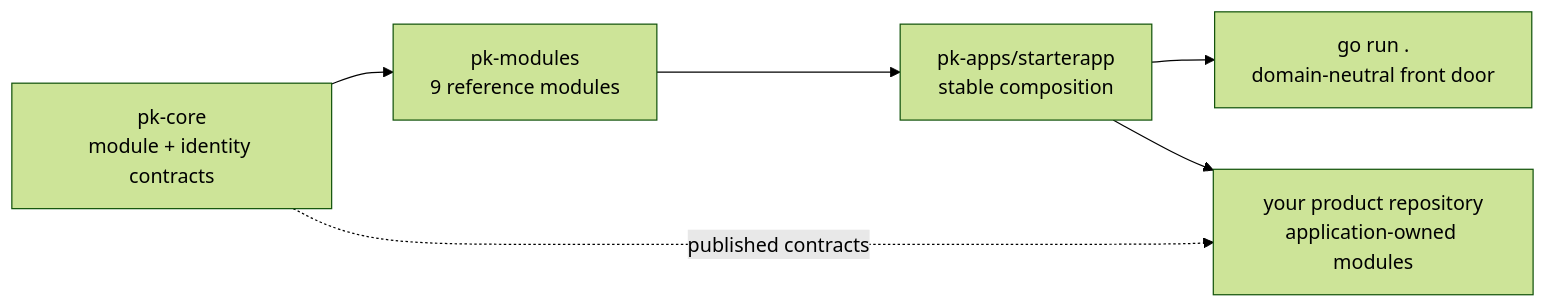
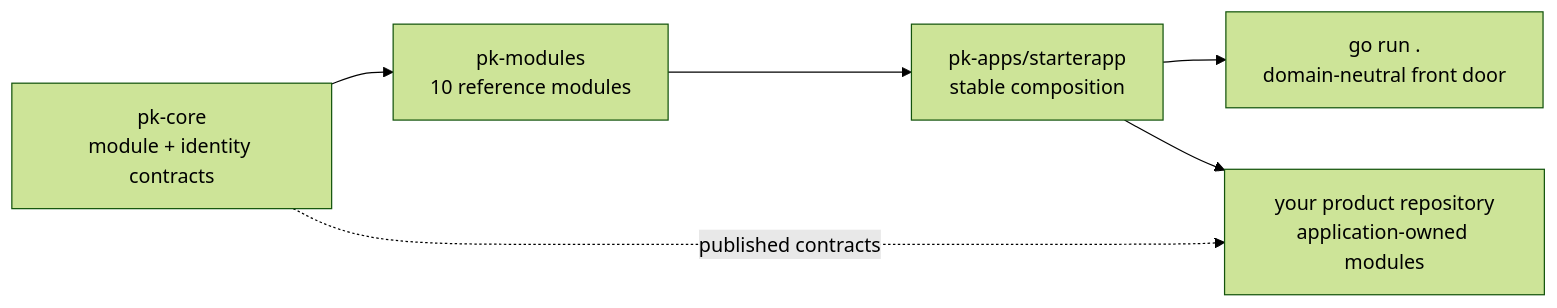
Before and after one commit to septagon-oss/platformkit: the diagram in README.md, drawn with Mermaid (forest theme). The commit also changed other lines of this file and 7 other files, not shown here.

````diff
--- a/README.md
+++ b/README.md
@@ -288,14 +293,14 @@
 ```mermaid
 flowchart LR
   core["pk-core\nmodule + identity contracts"]
-  modules["pk-modules\n9 reference modules"]
+  modules["pk-modules\n10 reference modules"]
   starter["pk-apps/starterapp\nstable composition"]
   front["go run .\ndomain-neutral front door"]
   product["your product repository\napplication-owned modules"]
 
   core --> modules
   modules --> starter
   starter --> front
   starter --> product
   core -. "published contracts" .-> product
 ```
````
